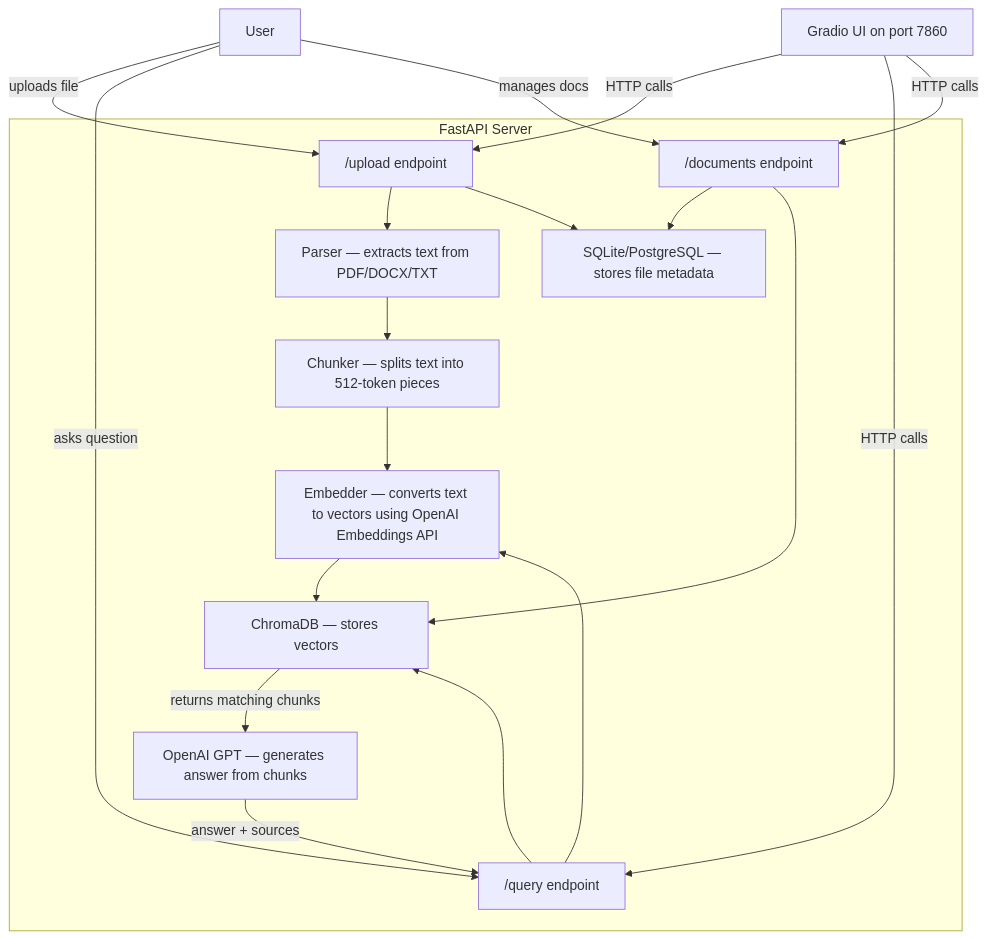
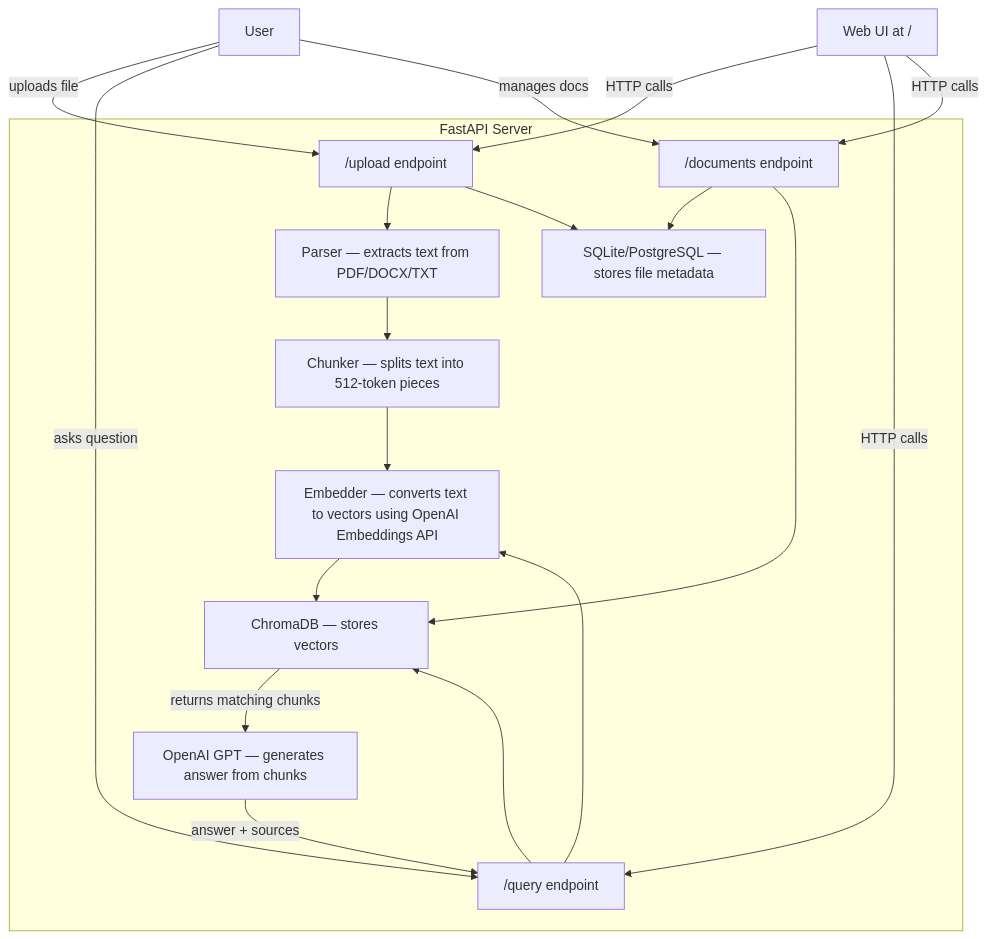
The diagram in README.md (Dhanugupta0/Lexora-AI), drawn with Mermaid before and after one commit. The commit also changed other lines of this file and 6 other files, not shown here.

````diff
--- a/README.md
+++ b/README.md
@@ -27,28 +27,28 @@
 ```mermaid
 graph TD
     User["User"]
 
     User -->|uploads file| Upload["/upload endpoint"]
     User -->|asks question| Query["/query endpoint"]
     User -->|manages docs| Docs["/documents endpoint"]
 
     subgraph FastAPI Server
         Upload --> Parser["Parser — extracts text from PDF/DOCX/TXT"]
         Parser --> Chunker["Chunker — splits text into 512-token pieces"]
         Chunker --> Embedder["Embedder — converts text to vectors using OpenAI Embeddings API"]
         Embedder --> ChromaDB["ChromaDB — stores vectors"]
         Upload --> SQLite["SQLite/PostgreSQL — stores file metadata"]
 
         Query --> Embedder
         Query --> ChromaDB
         ChromaDB -->|returns matching chunks| LLM["OpenAI GPT — generates answer from chunks"]
         LLM -->|answer + sources| Query
 
         Docs --> SQLite
         Docs --> ChromaDB
     end
 
-    Gradio["Gradio UI on port 7860"] -->|HTTP calls| Upload
-    Gradio -->|HTTP calls| Query
-    Gradio -->|HTTP calls| Docs
+    Browser["Web UI at /"] -->|HTTP calls| Upload
+    Browser -->|HTTP calls| Query
+    Browser -->|HTTP calls| Docs
 ```
````
